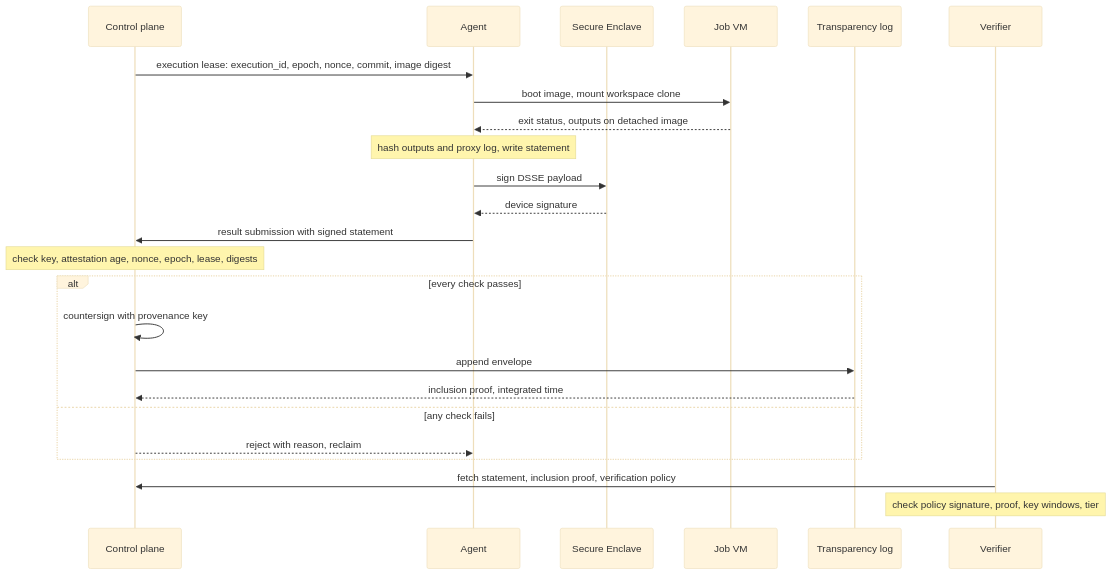
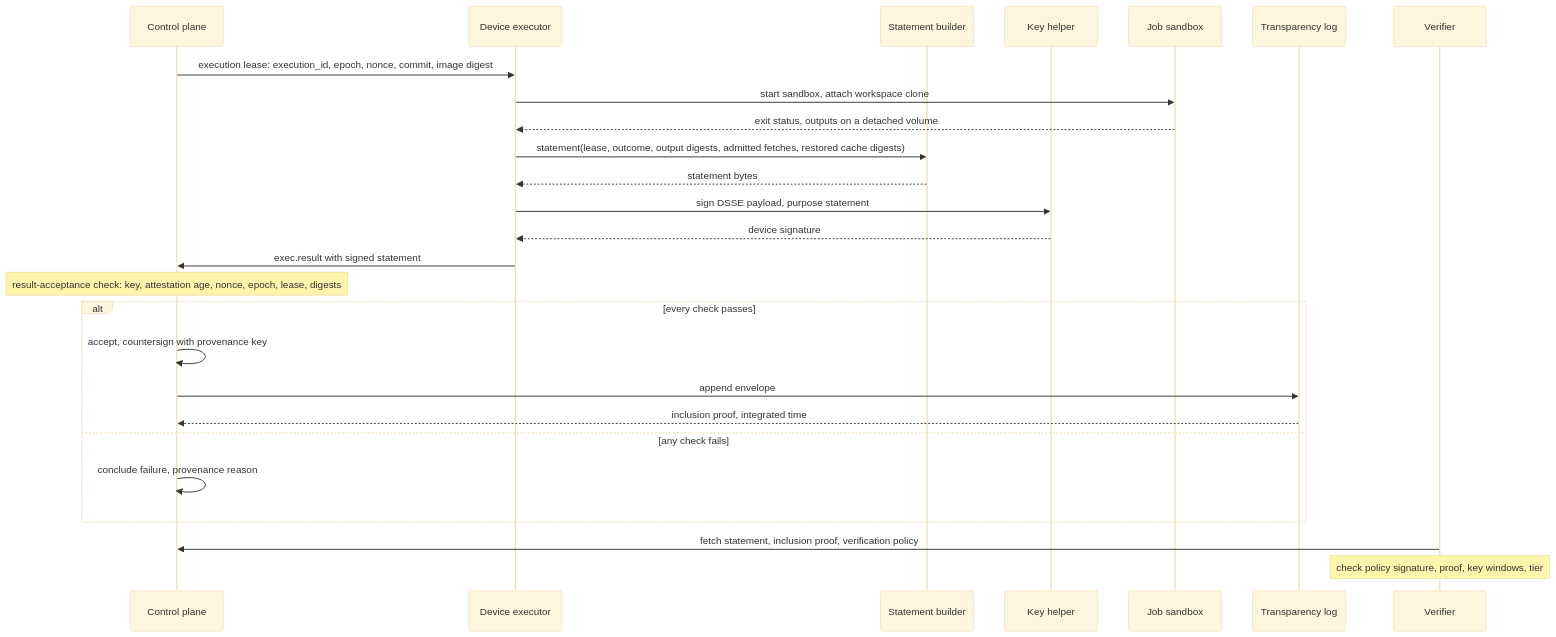
One commit to fractalboxdev/flare-dispatch changed the first of 4 diagrams in specs/provenance.md. Above: the diagram before and after it, drawn with Mermaid (base theme). The commit also changed other lines of this file and 45 other files, not shown here.

````diff
--- a/specs/provenance.md
+++ b/specs/provenance.md
@@ -57,27 +57,29 @@
 ```mermaid
 sequenceDiagram
   accTitle: Statement flow from lease to verification
   participant CP as Control plane
-  participant AG as Agent
-  participant SE as Secure Enclave
-  participant VM as Job VM
+  participant AG as Device executor
+  participant SB as Statement builder
+  participant SE as Key helper
+  participant VM as Job sandbox
   participant LG as Transparency log
   participant VF as Verifier
   CP->>AG: execution lease: execution_id, epoch, nonce, commit, image digest
-  AG->>VM: boot image, mount workspace clone
-  VM-->>AG: exit status, outputs on detached image
-  Note over AG: hash outputs and proxy log, write statement
-  AG->>SE: sign DSSE payload
+  AG->>VM: start sandbox, attach workspace clone
+  VM-->>AG: exit status, outputs on a detached volume
+  AG->>SB: statement(lease, outcome, output digests, admitted fetches, restored cache digests)
+  SB-->>AG: statement bytes
+  AG->>SE: sign DSSE payload, purpose statement
   SE-->>AG: device signature
-  AG->>CP: result submission with signed statement
-  Note over CP: check key, attestation age, nonce, epoch, lease, digests
+  AG->>CP: exec.result with signed statement
+  Note over CP: result-acceptance check: key, attestation age, nonce, epoch, lease, digests
   alt every check passes
-    CP->>CP: countersign with provenance key
+    CP->>CP: accept, countersign with provenance key
     CP->>LG: append envelope
     LG-->>CP: inclusion proof, integrated time
   else any check fails
-    CP-->>AG: reject with reason, reclaim
+    CP->>CP: conclude failure, provenance reason
   end
   VF->>CP: fetch statement, inclusion proof, verification policy
   Note over VF: check policy signature, proof, key windows, tier
 ```
````
